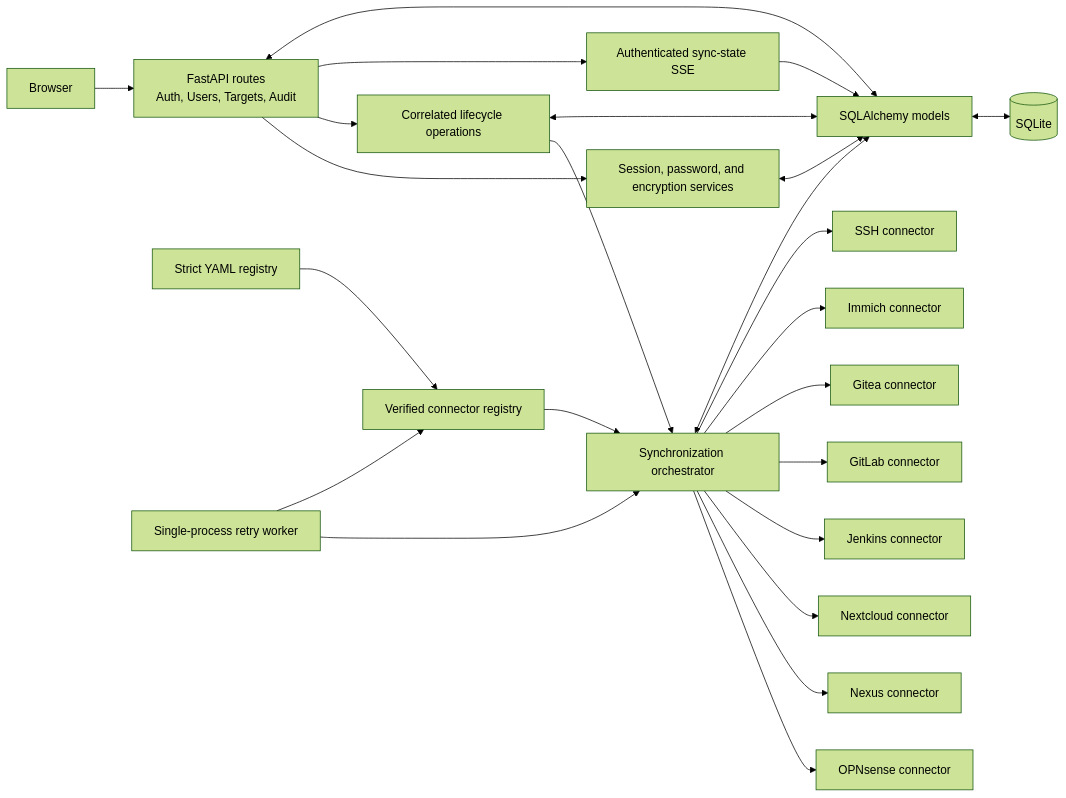
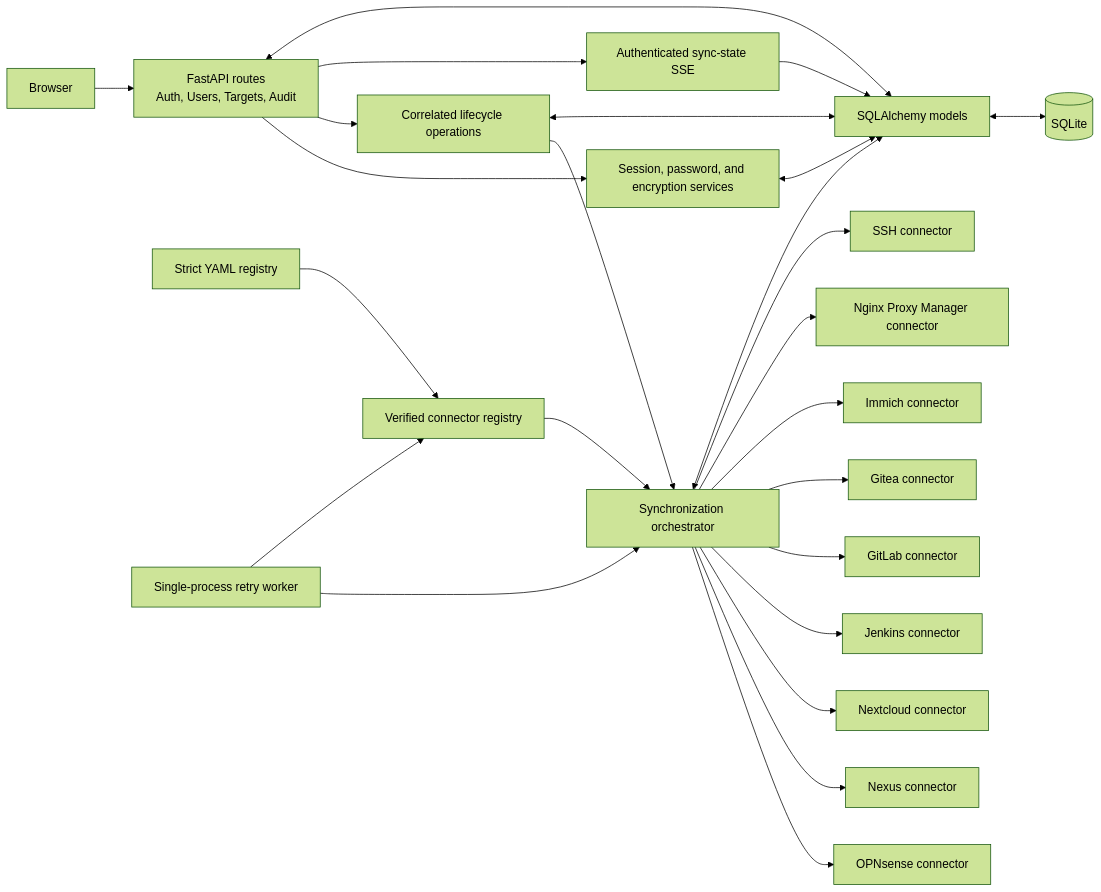
One commit to jpbaking/na-sso changed the first of 4 diagrams in docs/DEVELOPER.md. Above: the diagram before and after it, drawn with Mermaid (forest theme). The commit also changed 21 other files, not shown here.

First line of the commit message:
Add Nginx Proxy Manager target support

````diff
--- a/docs/DEVELOPER.md
+++ b/docs/DEVELOPER.md
@@ -64,29 +64,30 @@
 ```mermaid
 flowchart LR
     Browser["Browser"] --> Routes["FastAPI routes<br/>Auth, Users, Targets, Audit"]
     Routes --> Security["Session, password, and encryption services"]
     Routes --> Ops["Correlated lifecycle operations"]
     Ops --> Sync["Synchronization orchestrator"]
     Routes --> SSE["Authenticated sync-state SSE"]
 
     YAML["Strict YAML registry"] --> Registry["Verified connector registry"]
     Registry --> Sync
     Worker["Single-process retry worker"] --> Sync
     Worker --> Registry
 
     Sync --> OPN["OPNsense connector"]
     Sync --> NEX["Nexus connector"]
     Sync --> NC["Nextcloud connector"]
     Sync --> JENKINS["Jenkins connector"]
     Sync --> GITLAB["GitLab connector"]
     Sync --> GITEA["Gitea connector"]
     Sync --> IMMICH["Immich connector"]
+    Sync --> NPM["Nginx Proxy Manager connector"]
     Sync --> SSHC["SSH connector"]
 
     Security <--> ORM["SQLAlchemy models"]
     Routes <--> ORM
     Ops <--> ORM
     Sync <--> ORM
     SSE --> ORM
     ORM <--> DB[("SQLite")]
 ```
````
